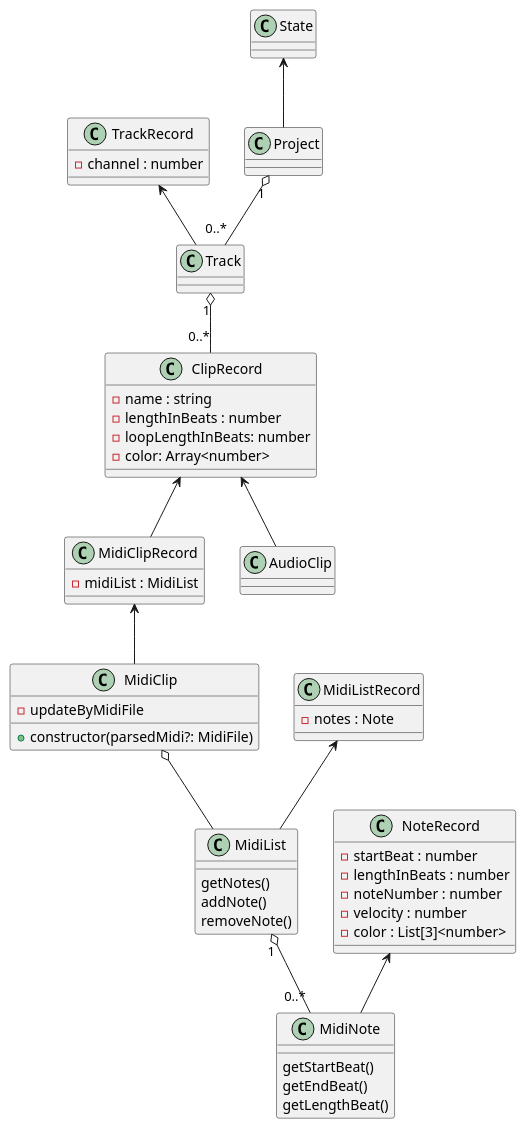
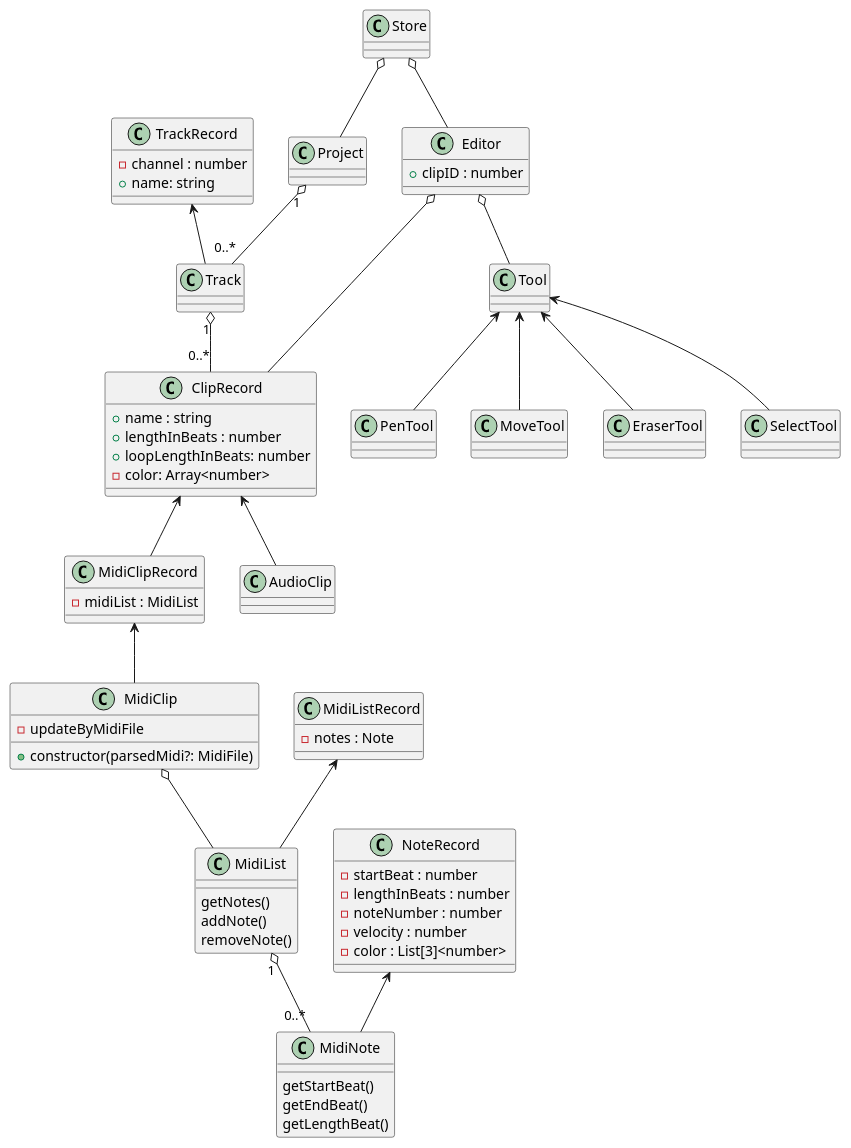
Before and after one commit to yoshihiroxx/BitwigTinyPianoroll: the diagram in docs/classes/model/clip.pu, drawn with PlantUML. The commit also changed 28 other files, not shown here.

```diff
--- a/docs/classes/model/clip.pu
+++ b/docs/classes/model/clip.pu
@@ -1,70 +1,85 @@
 @startuml
 
 
 class TrackRecord {
     - channel : number
+    + name: string
 }
 
 class Track {
 }
 
 class MidiListRecord {
     - notes : Note
 }
 
 class MidiList {
     getNotes()
     addNote()
     removeNote()
 }
 
 
 class ClipRecord {
-    - name : string
-    - lengthInBeats : number
-    - loopLengthInBeats: number
+    + name : string
+    + lengthInBeats : number
+    + loopLengthInBeats: number
     - color: Array<number>
 }
 
 
 class MidiClipRecord {
     - midiList : MidiList
 }
 
 
 class MidiClip {
     + constructor(parsedMidi?: MidiFile)
     - updateByMidiFile
 }
 
 class NoteRecord {
     - startBeat : number
     - lengthInBeats : number
     - noteNumber : number
     - velocity : number
     - color : List[3]<number> 
 }
 
 class MidiNote {
     getStartBeat()
     getEndBeat()
     getLengthBeat()
 }
 
-State <-- Project
+class Editor {
+    + clipID : number
+}
+
+
+Store o-- Project
 Project "1" o-- "0..*" Track
+Store o-- Editor
+Editor o-- ClipRecord
+Editor o-- Tool
+Tool <-- PenTool
+Tool <-- MoveTool
+Tool <-- EraserTool
+Tool <-- SelectTool
+
+
 TrackRecord <-- Track
 Track "1" o-- "0..*" ClipRecord
 
 
 ClipRecord <-- MidiClipRecord
 MidiClipRecord <-- MidiClip
 ClipRecord <-- AudioClip
 
 MidiList "1" o-- "0..*" MidiNote
 NoteRecord <-- MidiNote
 
 MidiClip o-- MidiList
 MidiListRecord <-- MidiList
 
 @enduml
```
